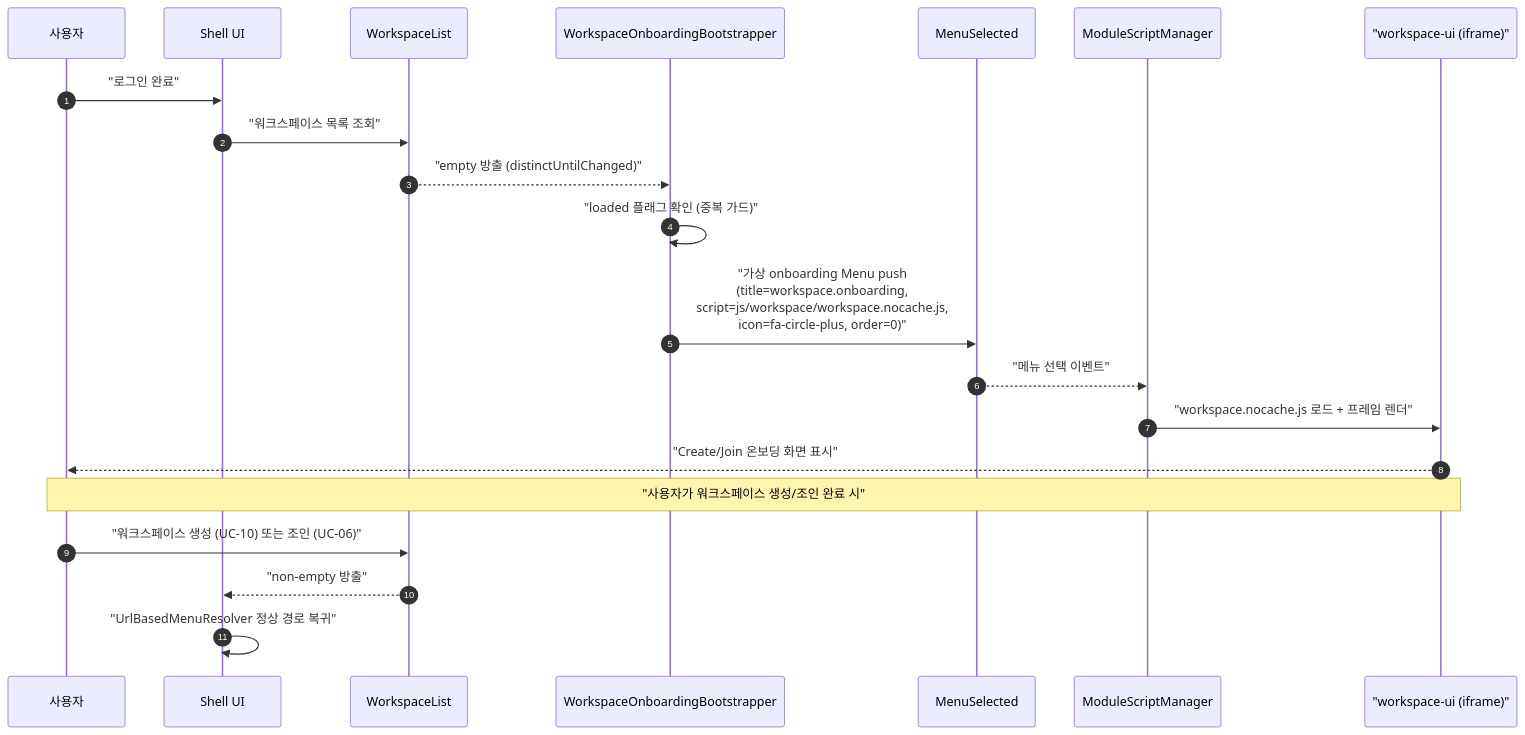
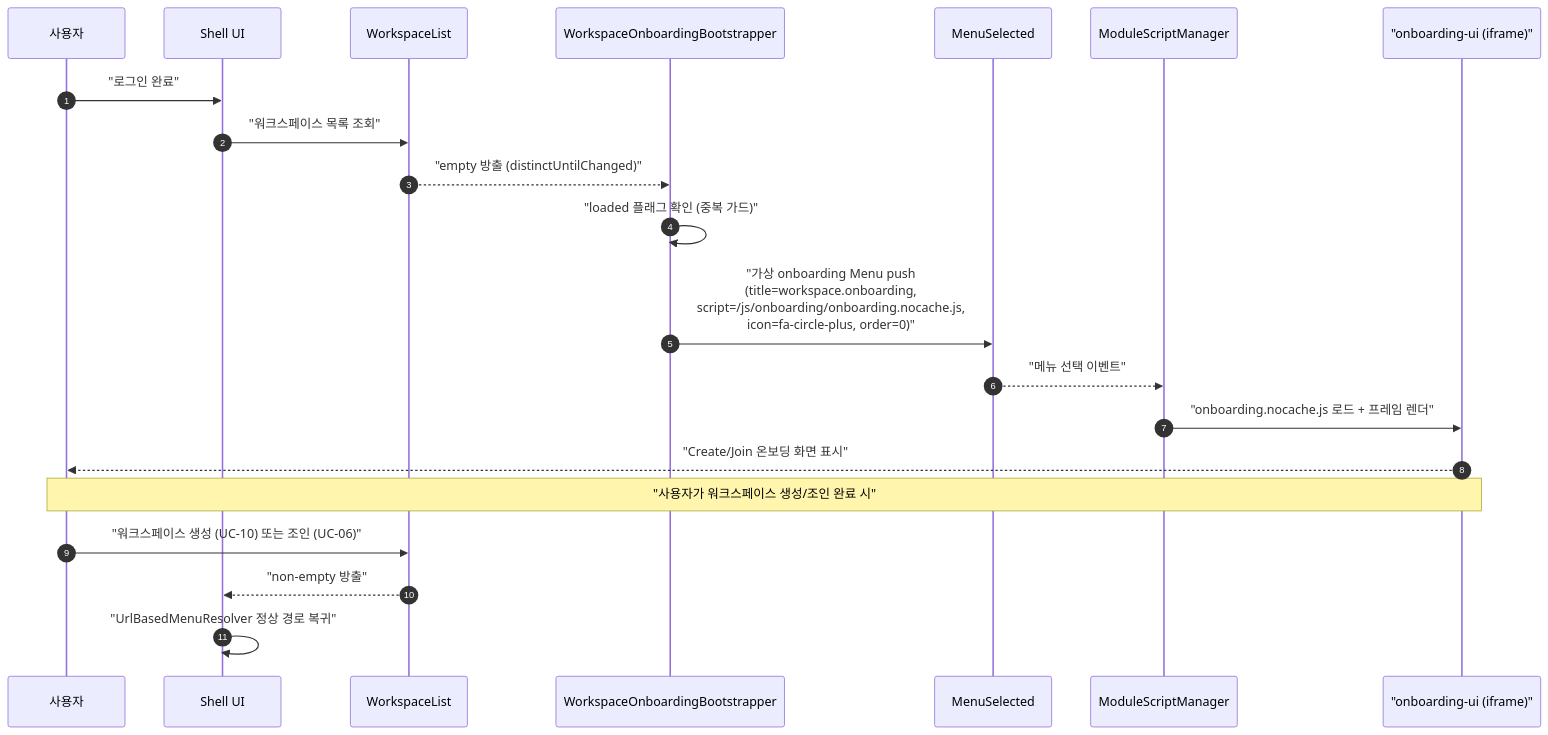
One commit to sayaya1090/handbook changed the sixth of 25 diagrams in docs/usecases.md. Above: the diagram before and after it, drawn with Mermaid. The commit also changed other lines of this file and 30 other files, not shown here.

First line of the commit message:
docs: 워크스페이스 생성(onboarding-ui)과 관리(workspace-ui) 모듈 분리 설계 반영

````diff
--- a/docs/usecases.md
+++ b/docs/usecases.md
@@ -498,25 +499,25 @@
 ```mermaid
 sequenceDiagram
     autonumber
     participant User as 사용자
     participant Shell as Shell UI
     participant WL as WorkspaceList
     participant OB as WorkspaceOnboardingBootstrapper
     participant MS as MenuSelected
     participant MSM as ModuleScriptManager
-    participant WUI as "workspace-ui (iframe)"
+    participant OUI as "onboarding-ui (iframe)"
 
     User->>Shell: "로그인 완료"
     Shell->>WL: "워크스페이스 목록 조회"
     WL-->>OB: "empty 방출 (distinctUntilChanged)"
     OB->>OB: "loaded 플래그 확인 (중복 가드)"
-    OB->>MS: "가상 onboarding Menu push<br/>(title=workspace.onboarding,<br/>script=js/workspace/workspace.nocache.js,<br/>icon=fa-circle-plus, order=0)"
+    OB->>MS: "가상 onboarding Menu push<br/>(title=workspace.onboarding,<br/>script=/js/onboarding/onboarding.nocache.js,<br/>icon=fa-circle-plus, order=0)"
     MS-->>MSM: "메뉴 선택 이벤트"
-    MSM->>WUI: "workspace.nocache.js 로드 + 프레임 렌더"
-    WUI-->>User: "Create/Join 온보딩 화면 표시"
+    MSM->>OUI: "onboarding.nocache.js 로드 + 프레임 렌더"
+    OUI-->>User: "Create/Join 온보딩 화면 표시"
 
-    Note over User,WUI: "사용자가 워크스페이스 생성/조인 완료 시"
+    Note over User,OUI: "사용자가 워크스페이스 생성/조인 완료 시"
     User->>WL: "워크스페이스 생성 (UC-10) 또는 조인 (UC-06)"
     WL-->>Shell: "non-empty 방출"
     Shell->>Shell: "UrlBasedMenuResolver 정상 경로 복귀"
 ```
````
